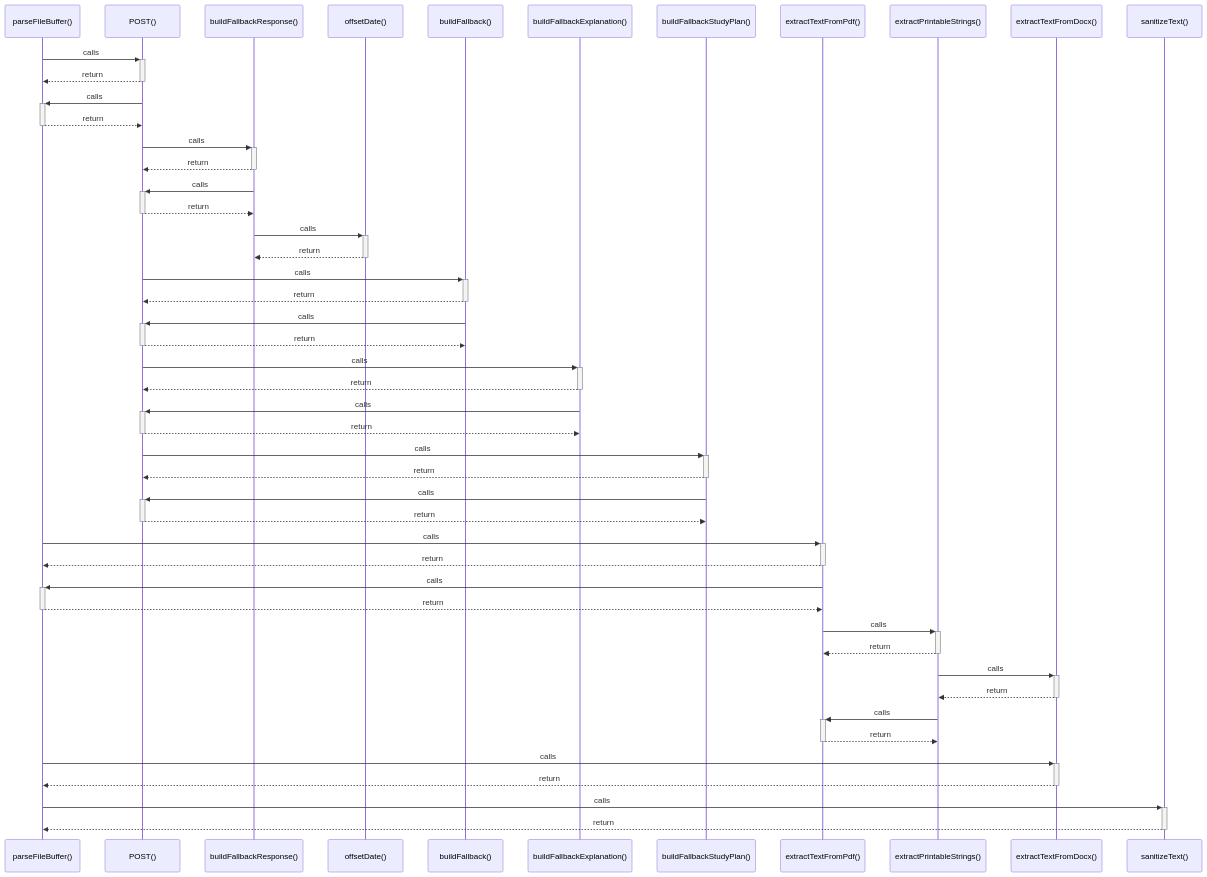
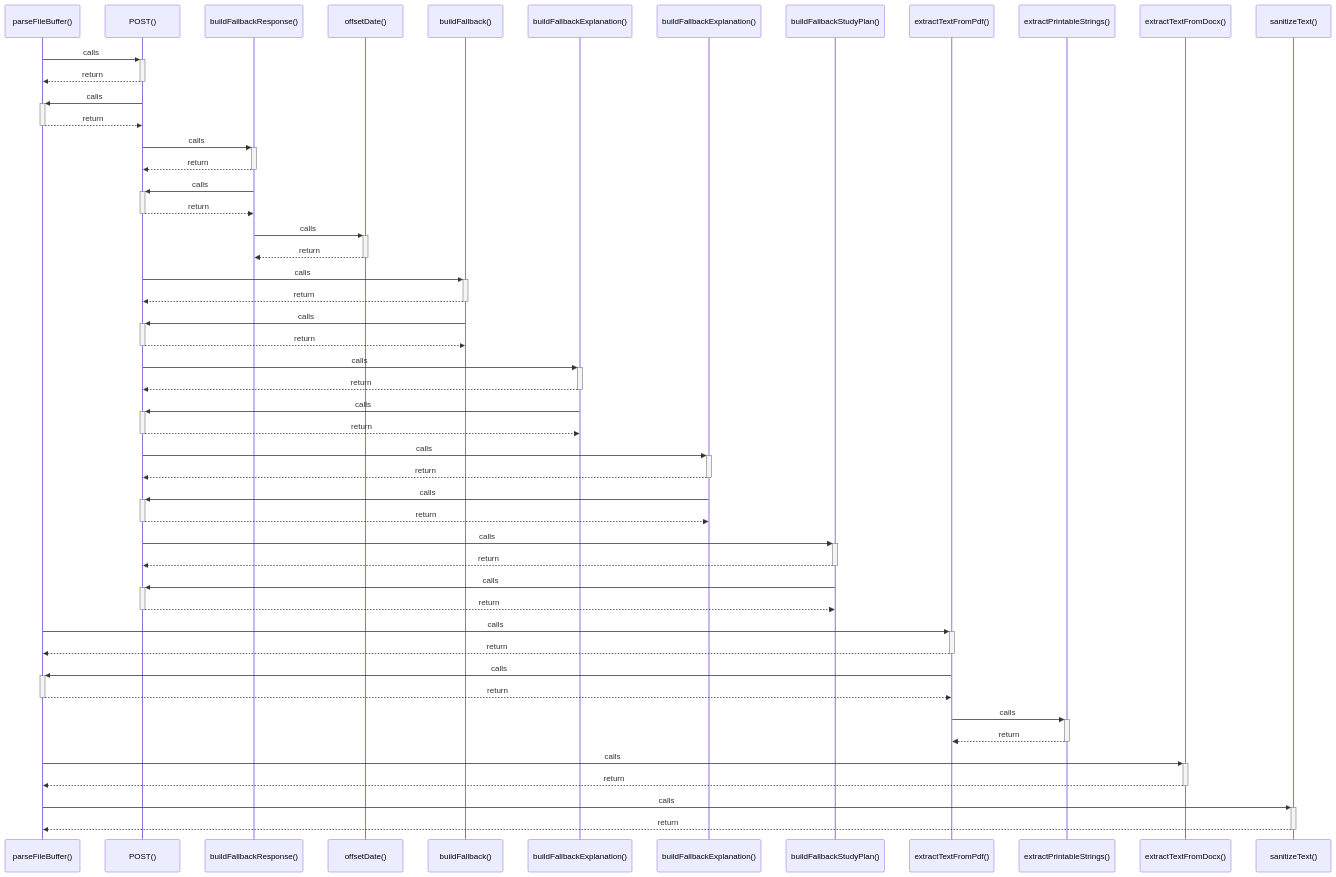
Before and after one commit to Exselsa/studysync-ai: the diagram in src/graphify-out/wiki/parseFileBuffer().md, drawn with Mermaid. The commit also changed 30 other files, not shown here.

````diff
--- a/src/graphify-out/wiki/parseFileBuffer().md
+++ b/src/graphify-out/wiki/parseFileBuffer().md
@@ -7,50 +7,51 @@
 ```mermaid
 sequenceDiagram
     participant P0 as parseFileBuffer()
     participant P1 as POST()
     participant P2 as buildFallbackResponse()
     participant P3 as offsetDate()
     participant P4 as buildFallback()
     participant P5 as buildFallbackExplanation()
-    participant P6 as buildFallbackStudyPlan()
-    participant P7 as extractTextFromPdf()
-    participant P8 as extractPrintableStrings()
-    participant P9 as extractTextFromDocx()
-    participant P10 as sanitizeText()
+    participant P6 as buildFallbackExplanation()
+    participant P7 as buildFallbackStudyPlan()
+    participant P8 as extractTextFromPdf()
+    participant P9 as extractPrintableStrings()
+    participant P10 as extractTextFromDocx()
+    participant P11 as sanitizeText()
     P0->>+ P1: calls
     P1-->>- P0: return
     P1->>+ P0: calls
     P0-->>- P1: return
     P1->>+ P2: calls
     P2-->>- P1: return
     P2->>+ P1: calls
     P1-->>- P2: return
     P2->>+ P3: calls
     P3-->>- P2: return
     P1->>+ P4: calls
     P4-->>- P1: return
     P4->>+ P1: calls
     P1-->>- P4: return
     P1->>+ P5: calls
     P5-->>- P1: return
     P5->>+ P1: calls
     P1-->>- P5: return
     P1->>+ P6: calls
     P6-->>- P1: return
     P6->>+ P1: calls
     P1-->>- P6: return
-    P0->>+ P7: calls
-    P7-->>- P0: return
-    P7->>+ P0: calls
-    P0-->>- P7: return
-    P7->>+ P8: calls
-    P8-->>- P7: return
+    P1->>+ P7: calls
+    P7-->>- P1: return
+    P7->>+ P1: calls
+    P1-->>- P7: return
+    P0->>+ P8: calls
+    P8-->>- P0: return
+    P8->>+ P0: calls
+    P0-->>- P8: return
     P8->>+ P9: calls
     P9-->>- P8: return
-    P8->>+ P7: calls
-    P7-->>- P8: return
-    P0->>+ P9: calls
-    P9-->>- P0: return
     P0->>+ P10: calls
     P10-->>- P0: return
+    P0->>+ P11: calls
+    P11-->>- P0: return
 ```
````
